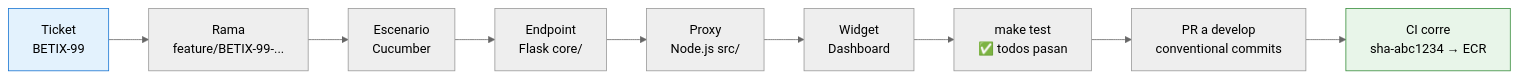
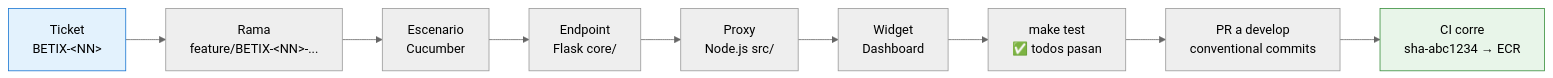
Before and after one commit to Neurus1970/betix: the first of 3 diagrams in docs/onboarding/modulos/9.md, drawn with Mermaid (neutral theme). The commit also changed other lines of this file and 1 other file, not shown here.

First line of the commit message:
docs(onboarding): fix chapter 9 — replace BETIX-99 with BETIX-<NN>, fix mermaid newlines (BETIX-44)

````diff
--- a/docs/onboarding/modulos/9.md
+++ b/docs/onboarding/modulos/9.md
@@ -27,14 +27,14 @@
 ```mermaid
 flowchart LR
-    TICKET["Ticket\nBETIX-99"] --> RAMA["Rama\nfeature/BETIX-99-..."]
-    RAMA --> BDD["Escenario\nCucumber"]
-    BDD --> FLASK["Endpoint\nFlask core/"]
-    FLASK --> PROXY["Proxy\nNode.js src/"]
-    PROXY --> FRONT["Widget\nDashboard"]
-    FRONT --> TEST["make test\n✅ todos pasan"]
-    TEST --> PR["PR a develop\nconventional commits"]
-    PR --> CI["CI corre\nsha-abc1234 → ECR"]
+    TICKET["Ticket<br>BETIX-&lt;NN&gt;"] --> RAMA["Rama<br>feature/BETIX-&lt;NN&gt;-..."]
+    RAMA --> BDD["Escenario<br>Cucumber"]
+    BDD --> FLASK["Endpoint<br>Flask core/"]
+    FLASK --> PROXY["Proxy<br>Node.js src/"]
+    PROXY --> FRONT["Widget<br>Dashboard"]
+    FRONT --> TEST["make test<br>✅ todos pasan"]
+    TEST --> PR["PR a develop<br>conventional commits"]
+    PR --> CI["CI corre<br>sha-abc1234 → ECR"]
 
     style TICKET fill:#e3f2fd,stroke:#1976D2
     style CI fill:#e8f5e9,stroke:#388E3C
 ```
````
